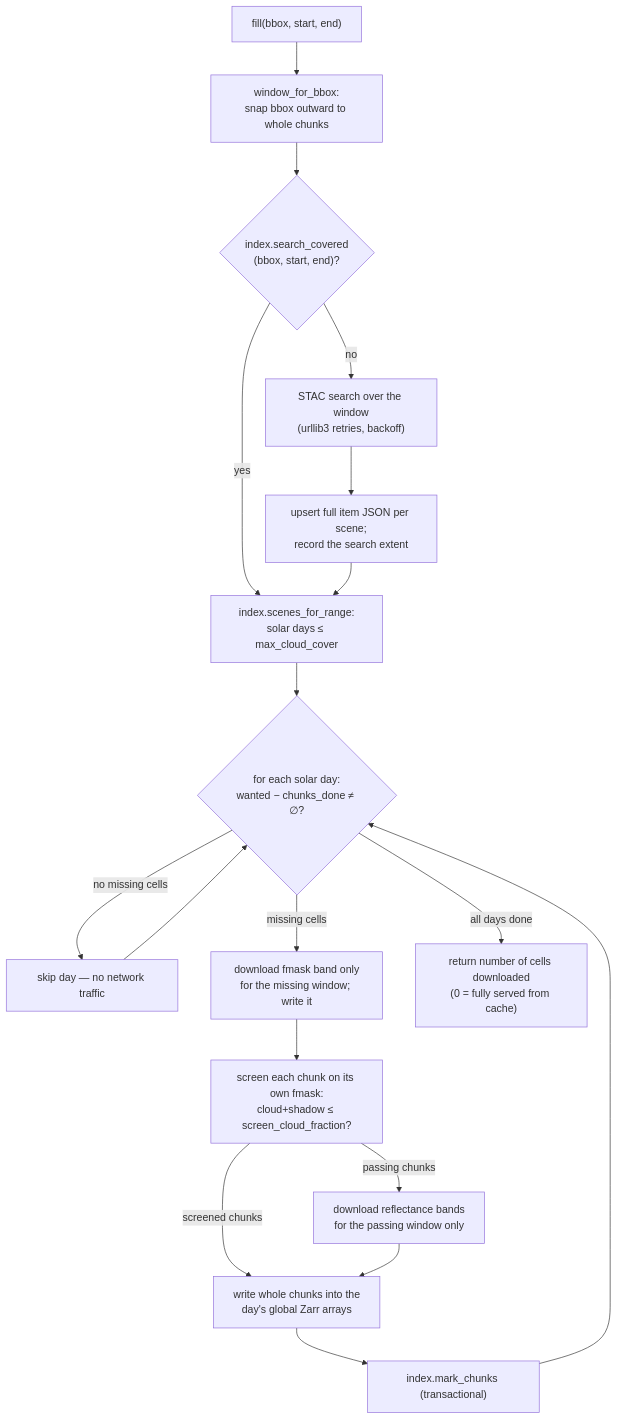
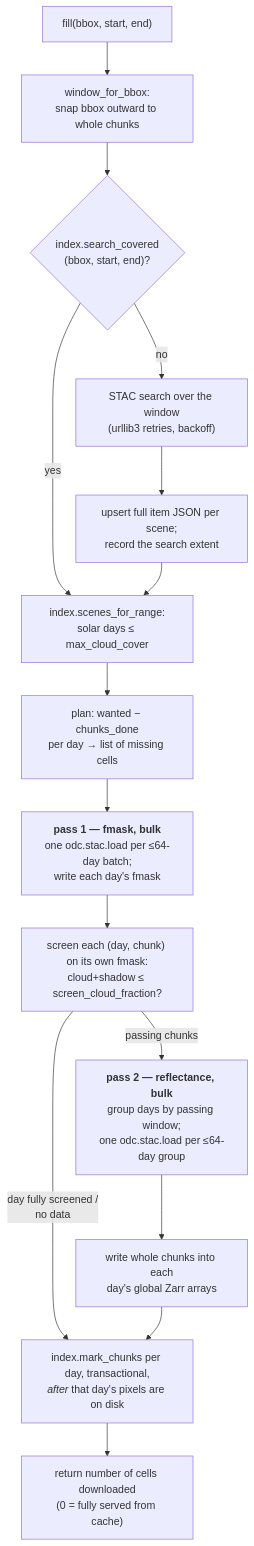
The second of 2 diagrams in docs/architecture.md (thestochasticman/pysentinel2), drawn with Mermaid before and after one commit. The commit also changed other lines of this file and 2 other files, not shown here.

````diff
--- a/docs/architecture.md
+++ b/docs/architecture.md
@@ -57,20 +60,17 @@
 ```mermaid
 flowchart TD
     A["fill(bbox, start, end)"] --> B["window_for_bbox:<br/>snap bbox outward to whole chunks"]
     B --> C{"index.search_covered<br/>(bbox, start, end)?"}
     C -- "no" --> D["STAC search over the window<br/>(urllib3 retries, backoff)"]
     D --> E["upsert full item JSON per scene;<br/>record the search extent"]
     C -- "yes" --> F["index.scenes_for_range:<br/>solar days ≤ max_cloud_cover"]
     E --> F
-    F --> G{"for each solar day:<br/>wanted − chunks_done ≠ ∅?"}
-    G -- "no missing cells" --> K["skip day — no network traffic"]
-    G -- "missing cells" --> H1["download fmask band only<br/>for the missing window; write it"]
-    H1 --> H2["screen each chunk on its own fmask:<br/>cloud+shadow ≤ screen_cloud_fraction?"]
-    H2 -- "passing chunks" --> H3["download reflectance bands<br/>for the passing window only"]
-    H2 -- "screened chunks" --> I
-    H3 --> I["write whole chunks into the<br/>day's global Zarr arrays"]
-    I --> J["index.mark_chunks (transactional)"]
-    J --> G
-    K --> G
-    G -- "all days done" --> L["return number of cells downloaded<br/>(0 = fully served from cache)"]
+    F --> G["plan: wanted − chunks_done<br/>per day → list of missing cells"]
+    G --> H1["<b>pass 1 — fmask, bulk</b><br/>one odc.stac.load per ≤64-day batch;<br/>write each day's fmask"]
+    H1 --> H2["screen each (day, chunk) on its own fmask:<br/>cloud+shadow ≤ screen_cloud_fraction?"]
+    H2 -- "day fully screened /<br/>no data" --> J
+    H2 -- "passing chunks" --> H3["<b>pass 2 — reflectance, bulk</b><br/>group days by passing window;<br/>one odc.stac.load per ≤64-day group"]
+    H3 --> I["write whole chunks into each<br/>day's global Zarr arrays"]
+    I --> J["index.mark_chunks per day, transactional,<br/><i>after</i> that day's pixels are on disk"]
+    J --> L["return number of cells downloaded<br/>(0 = fully served from cache)"]
 ```
````
